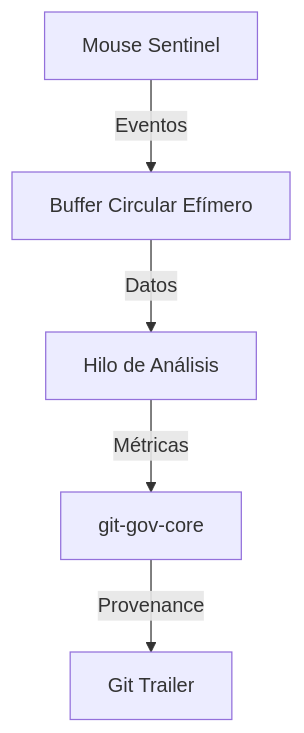
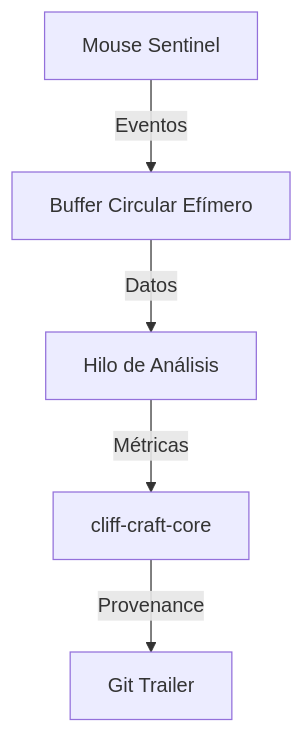
The diagram in docs/phase2/diseno_mouse_sentinel.md (iodevs-net/git-gov), drawn with Mermaid before and after one commit. The commit also changed other lines of this file and 96 other files, not shown here.

Commit message:
refactor: renacimiento global de la marca a Cliff-Craft 🐈⚒️

````diff
--- a/docs/phase2/diseno_mouse_sentinel.md
+++ b/docs/phase2/diseno_mouse_sentinel.md
@@ -20,7 +20,7 @@
 ```mermaid
 graph TD
     A[Mouse Sentinel] -->|Eventos| B[Buffer Circular Efímero]
     B -->|Datos| C[Hilo de Análisis]
-    C -->|Métricas| D[git-gov-core]
+    C -->|Métricas| D[cliff-craft-core]
     D -->|Provenance| E[Git Trailer]
 ```
````
